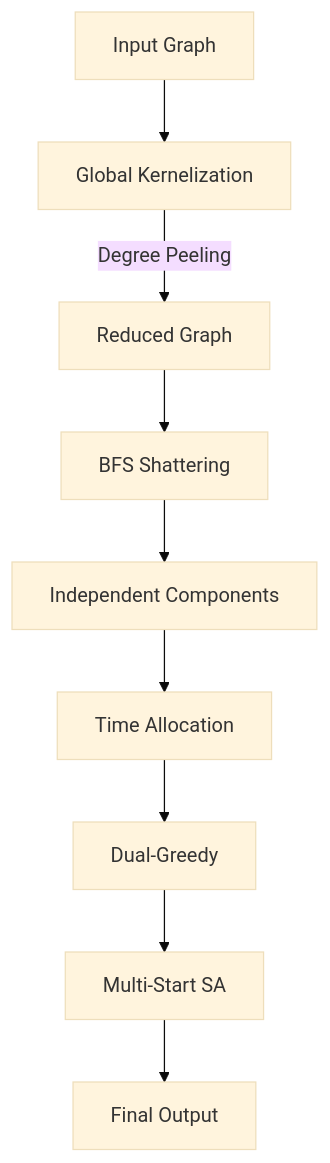
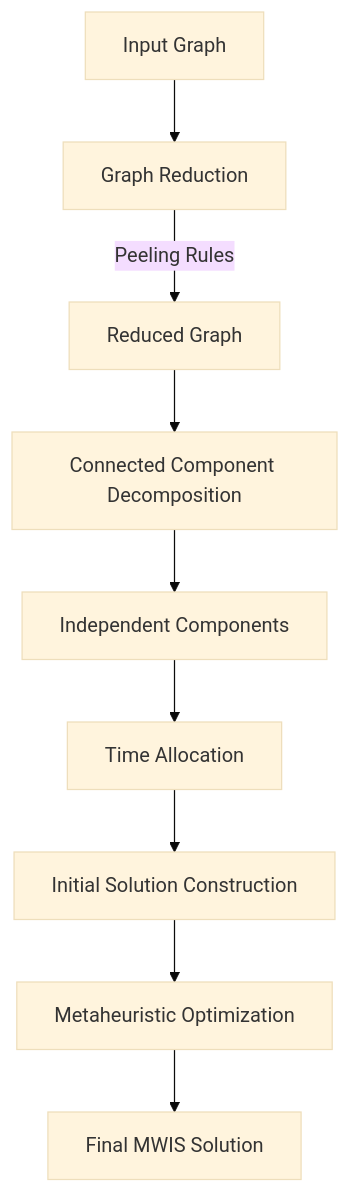
The diagram in README.md (ashutosh-kumar01/mwis-metaheuristic-solver), drawn with Mermaid (base theme) before and after one commit. The commit also changed other lines of this file and 6 other files, not shown here.

````diff
--- a/README.md
+++ b/README.md
@@ -52,11 +118,11 @@
 ```mermaid
 graph TD;
-    A[Input Graph] --> B[Global Kernelization];
-    B -->|Degree Peeling| C[Reduced Graph];
-    C --> D[BFS Shattering];
+    A[Input Graph] --> B[Graph Reduction];
+    B -->|Peeling Rules| C[Reduced Graph];
+    C --> D[Connected Component Decomposition];
     D --> E[Independent Components];
     E --> F[Time Allocation];
-    F --> G[Dual-Greedy];
-    G --> H[Multi-Start SA];
-    H --> I[Final Output];
+    F --> G[Initial Solution Construction];
+    G --> H[Metaheuristic Optimization];
+    H --> I[Final MWIS Solution];
 ```
````
